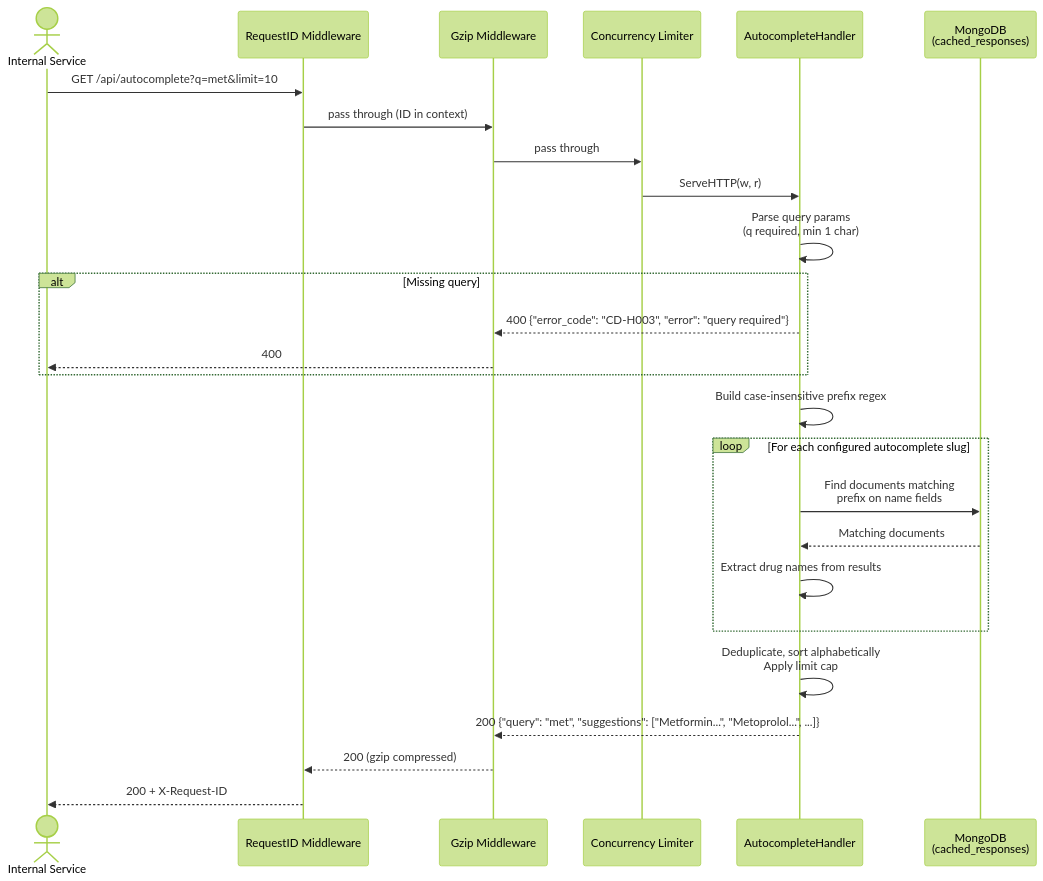
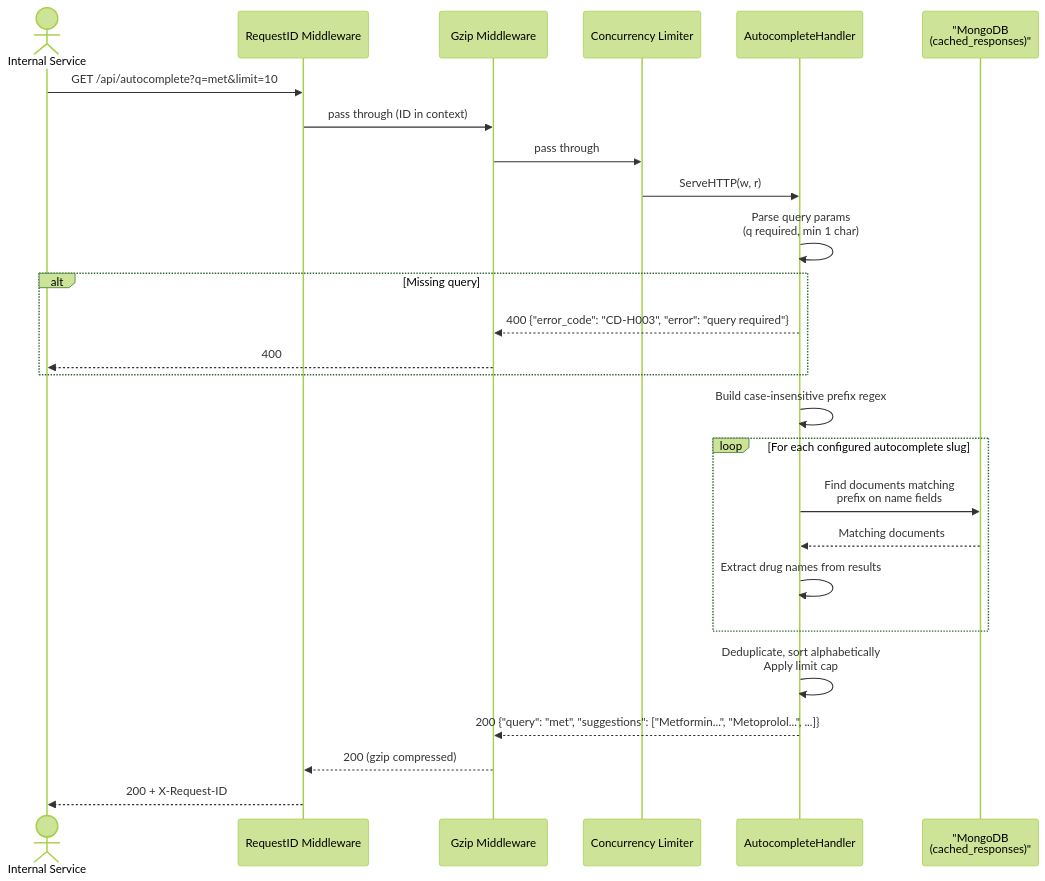
Diagram 27 of 31 in docs/sequence-diagram.md (finish06/cash-drugs), drawn with Mermaid (forest theme) before and after one commit. The commit also changed other lines of this file and 8 other files, not shown here.

````diff
--- a/docs/sequence-diagram.md
+++ b/docs/sequence-diagram.md
@@ -1035,32 +1039,32 @@
 ```mermaid
 sequenceDiagram
     actor Client as Internal Service
     participant RID as RequestID Middleware
     participant GZ as Gzip Middleware
     participant LIM as Concurrency Limiter
     participant AC as AutocompleteHandler
-    participant DB as MongoDB<br/>(cached_responses)
+    participant DB as "MongoDB<br/>(cached_responses)"
 
     Client->>RID: GET /api/autocomplete?q=met&limit=10
     RID->>GZ: pass through (ID in context)
     GZ->>LIM: pass through
     LIM->>AC: ServeHTTP(w, r)
 
     AC->>AC: Parse query params<br/>(q required, min 1 char)
     alt Missing query
         AC-->>GZ: 400 {"error_code": "CD-H003", "error": "query required"}
         GZ-->>Client: 400
     end
 
     AC->>AC: Build case-insensitive prefix regex
     loop For each configured autocomplete slug
         AC->>DB: Find documents matching<br/>prefix on name fields
         DB-->>AC: Matching documents
         AC->>AC: Extract drug names from results
     end
 
     AC->>AC: Deduplicate, sort alphabetically<br/>Apply limit cap
     AC-->>GZ: 200 {"query": "met", "suggestions": ["Metformin...", "Metoprolol...", ...]}
     GZ-->>RID: 200 (gzip compressed)
     RID-->>Client: 200 + X-Request-ID
 ```
````
